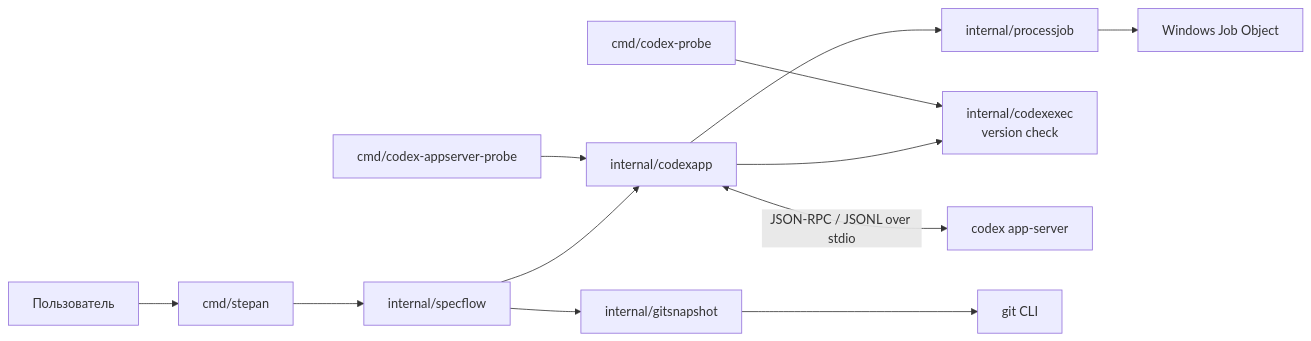
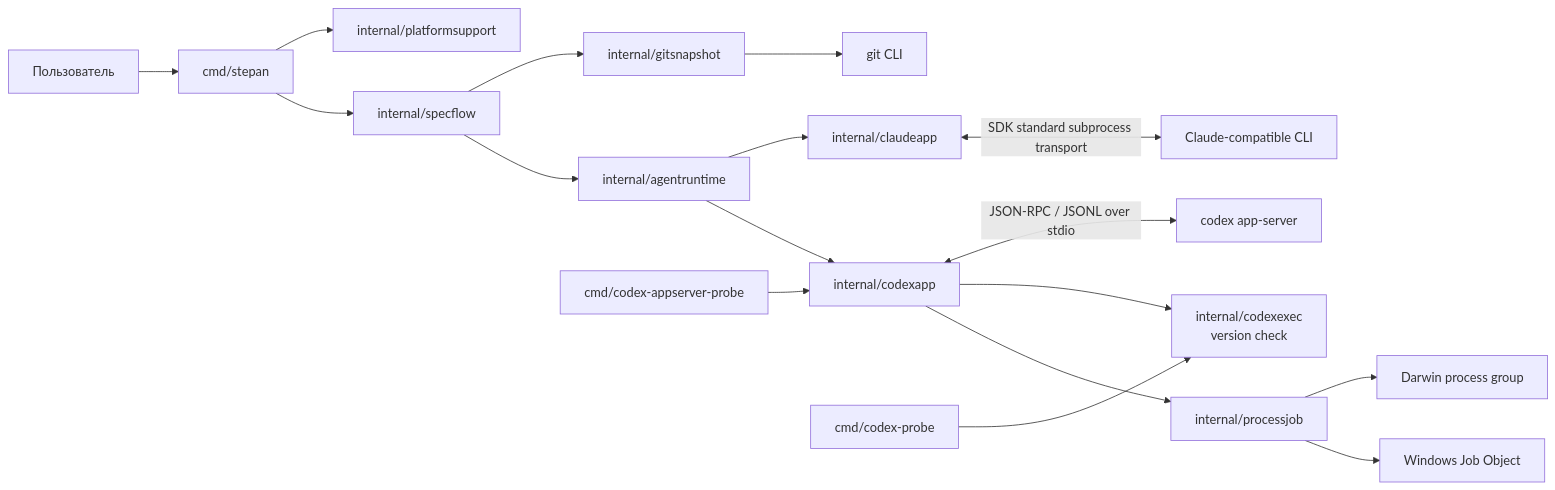
One commit to AndrMoiseev/stepan changed the first of 2 diagrams in docs/adr/0002-current-stack-and-architecture.md. Above: the diagram before and after it, drawn with Mermaid. The commit also changed other lines of this file and 87 other files, not shown here.

````diff
--- a/docs/adr/0002-current-stack-and-architecture.md
+++ b/docs/adr/0002-current-stack-and-architecture.md
@@ -39,15 +43,20 @@
 ```mermaid
 flowchart LR
     User[Пользователь] --> CLI[cmd/stepan]
     CLI --> Flow[internal/specflow]
-    Flow --> App[internal/codexapp]
+    Flow --> Contract[internal/agentruntime]
+    Contract --> App[internal/codexapp]
+    Contract --> Claude[internal/claudeapp]
     Flow --> Git[internal/gitsnapshot]
     App --> Job[internal/processjob]
+    CLI --> Platform[internal/platformsupport]
     App --> Legacy[internal/codexexec\nversion check]
     App <-->|JSON-RPC / JSONL over stdio| Codex[codex app-server]
+    Claude <-->|SDK standard subprocess transport| ClaudeCLI[Claude-compatible CLI]
     Git --> GitCLI[git CLI]
     Job --> Win[Windows Job Object]
+    Job --> Mac[Darwin process group]
 
     Probe1[cmd/codex-appserver-probe] --> App
     Probe2[cmd/codex-probe] --> Legacy
 ```
````
